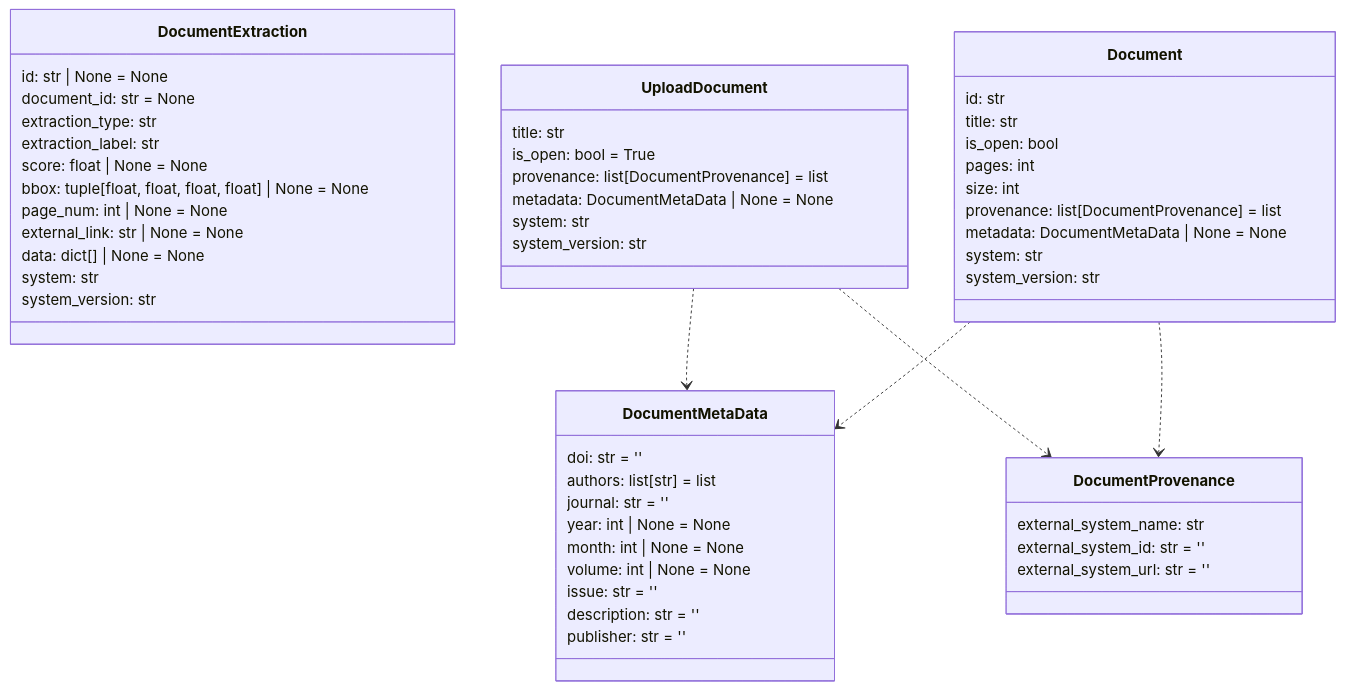
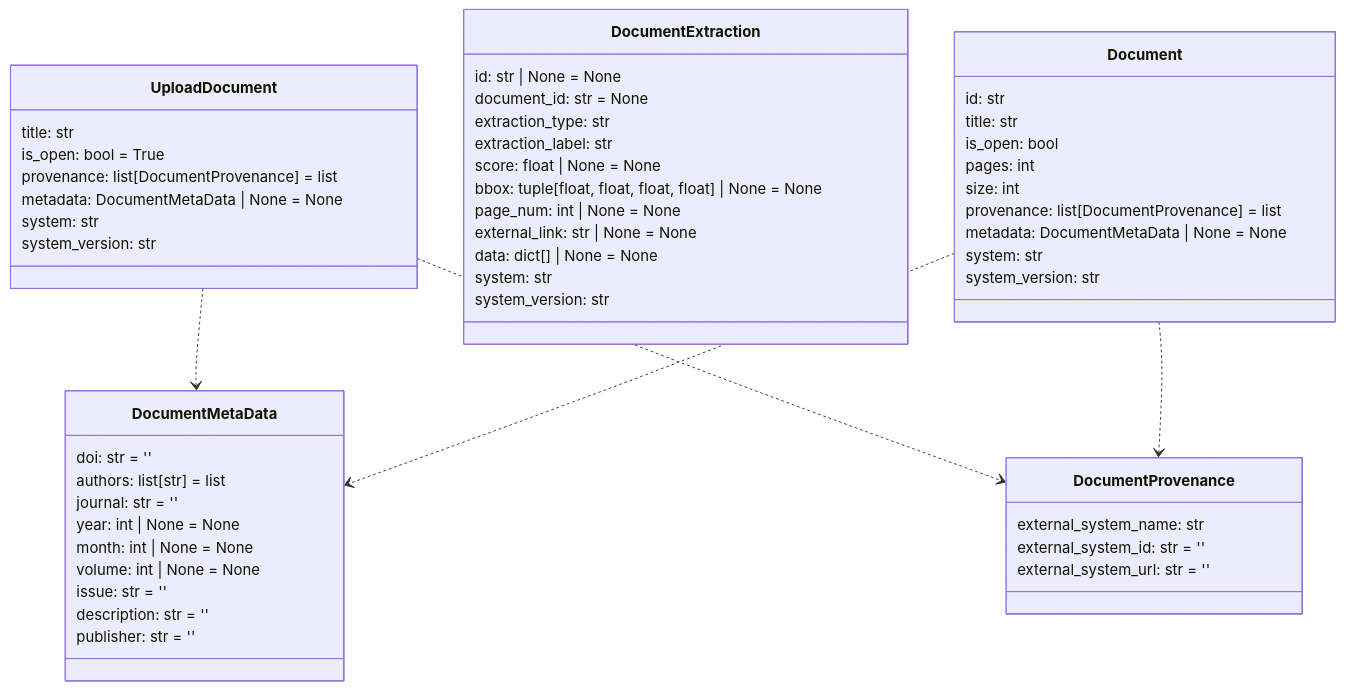
One commit to DARPA-CRITICALMAAS/cdr_schemas changed the ninth of 14 diagrams in README.md. Above: the diagram before and after it, drawn with Mermaid. The commit also changed other lines of this file and 4 other files, not shown here.

````diff
--- a/README.md
+++ b/README.md
@@ -692,63 +694,63 @@
 ```mermaid
 classDiagram
-
-    class DocumentExtraction {
-        id: str | None = None
-        document_id: str = None
-        extraction_type: str
-        extraction_label: str
-        score: float | None = None
-        bbox: tuple[float, float, float, float] | None = None
-        page_num: int | None = None
-        external_link: str | None = None
-        data: dict[] | None = None
-        system: str
-        system_version: str
-    }
 
     class DocumentMetaData {
         doi: str = ''
         authors: list[str] = list
         journal: str = ''
         year: int | None = None
         month: int | None = None
         volume: int | None = None
         issue: str = ''
         description: str = ''
         publisher: str = ''
     }
 
+    class DocumentProvenance {
+        external_system_name: str
+        external_system_id: str = ''
+        external_system_url: str = ''
+    }
+
     class UploadDocument {
         title: str
         is_open: bool = True
         provenance: list[DocumentProvenance] = list
         metadata: DocumentMetaData | None = None
+        system: str
+        system_version: str
+    }
+
+    class DocumentExtraction {
+        id: str | None = None
+        document_id: str = None
+        extraction_type: str
+        extraction_label: str
+        score: float | None = None
+        bbox: tuple[float, float, float, float] | None = None
+        page_num: int | None = None
+        external_link: str | None = None
+        data: dict[] | None = None
         system: str
         system_version: str
     }
 
     class Document {
         id: str
         title: str
         is_open: bool
         pages: int
         size: int
         provenance: list[DocumentProvenance] = list
         metadata: DocumentMetaData | None = None
         system: str
         system_version: str
     }
 
-    class DocumentProvenance {
-        external_system_name: str
-        external_system_id: str = ''
-        external_system_url: str = ''
-    }
-
     UploadDocument ..> DocumentMetaData
     UploadDocument ..> DocumentProvenance
     Document ..> DocumentMetaData
     Document ..> DocumentProvenance
 
 
 ```
````
